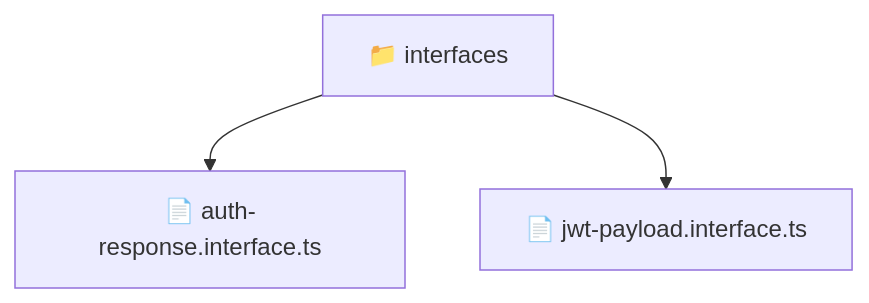
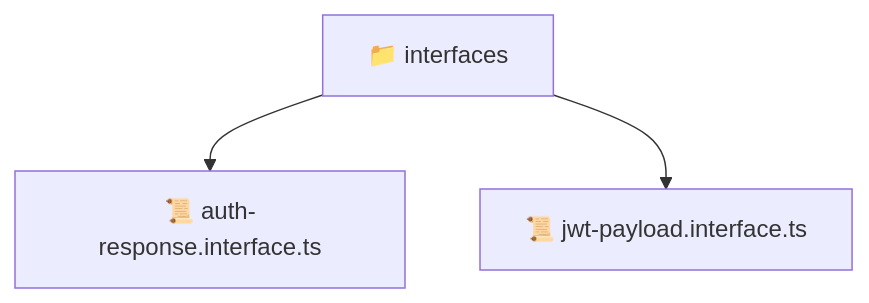
Before and after one commit to beginwebdev2002/fullstack-mavluda: the diagram in backend/src/modules/auth/interfaces/README.md, drawn with Mermaid. The commit also changed other lines of this file and 163 other files, not shown here.

````diff
--- a/backend/src/modules/auth/interfaces/README.md
+++ b/backend/src/modules/auth/interfaces/README.md
@@ -9,6 +9,6 @@
 ```mermaid
 graph TD
-  Root["📁 interfaces"]
-  Root --> auth_response_interface_ts["📄 auth-response.interface.ts"]
-  Root --> jwt_payload_interface_ts["📄 jwt-payload.interface.ts"]
+  interfaces["📁 interfaces"]
+  interfaces --> auth_response_interface_ts["📜 auth-response.interface.ts"]
+  interfaces --> jwt_payload_interface_ts["📜 jwt-payload.interface.ts"]
 ```
````
